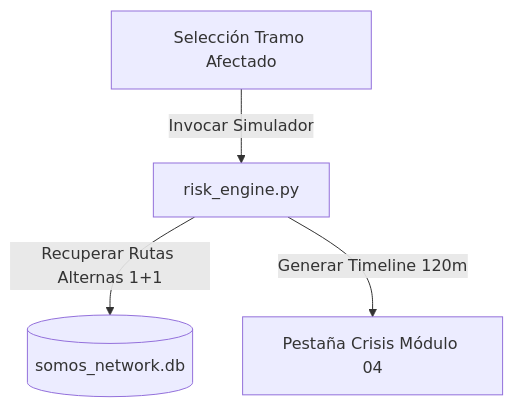
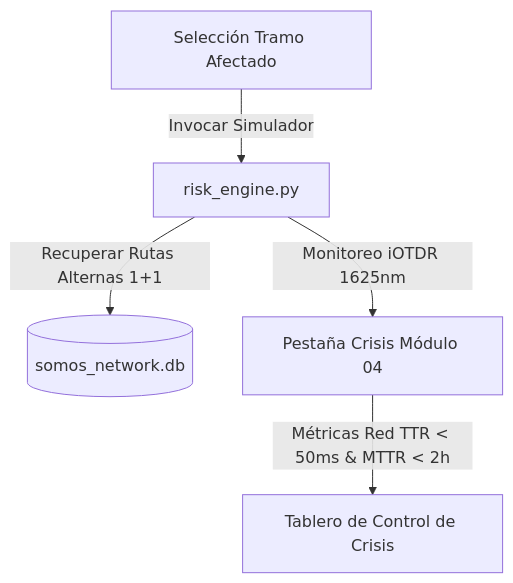
One commit to diegovazapis/somos-internet-expansion changed the sixth of 10 diagrams in interview_walkthrough.md. Above: the diagram before and after it, drawn with Mermaid. The commit also changed other lines of this file and 5 other files, not shown here.

````diff
--- a/interview_walkthrough.md
+++ b/interview_walkthrough.md
@@ -240,6 +241,7 @@
 ```mermaid
 graph TD
     Link_Select[Selección Tramo Afectado] -->|Invocar Simulador| RiskEngine[risk_engine.py]
     RiskEngine -->|Recuperar Rutas Alternas 1+1| DB[(somos_network.db)]
-    RiskEngine -->|Generar Timeline 120m| CrisisUI[Pestaña Crisis Módulo 04]
+    RiskEngine -->|Monitoreo iOTDR 1625nm| CrisisUI[Pestaña Crisis Módulo 04]
+    CrisisUI -->|Métricas Red TTR < 50ms & MTTR < 2h| ExecutiveDashboard[Tablero de Control de Crisis]
 ```
````
